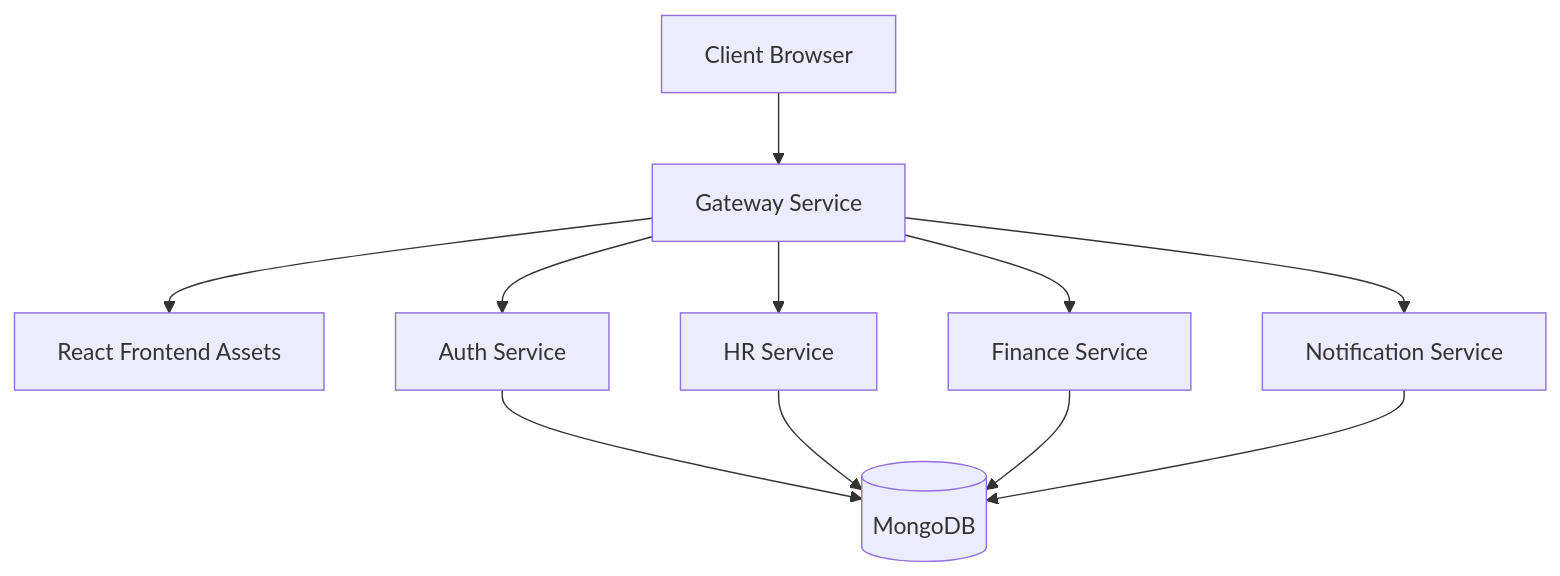
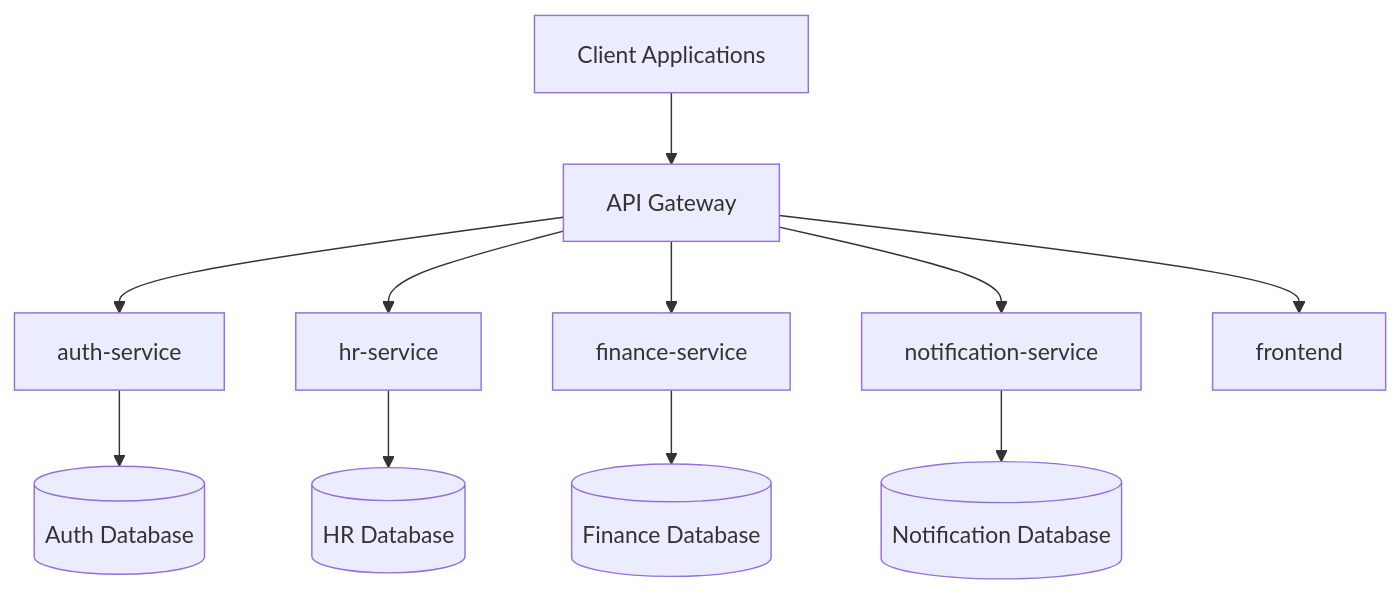
The second of 2 diagrams in .github/instructions/OrganiStation.instructions.md (Mahesh-65/OrganiStation), drawn with Mermaid before and after one commit. The commit also changed other lines of this file and 7 other files, not shown here.

````diff
--- a/.github/instructions/OrganiStation.instructions.md
+++ b/.github/instructions/OrganiStation.instructions.md
@@ -387,14 +363,14 @@
 ```mermaid
 graph TB
-    Client[Client Browser] --> Gateway[Gateway Service]
-    Gateway --> Frontend[React Frontend Assets]
-    Gateway --> Auth[Auth Service]
-    Gateway --> HR[HR Service]
-    Gateway --> Finance[Finance Service]
-    Gateway --> Notification[Notification Service]
+    Client[Client Applications] --> Gateway[API Gateway]
+    Gateway --> Auth[auth-service]
+    Gateway --> HR[hr-service]
+    Gateway --> Finance[finance-service]
+    Gateway --> Notification[notification-service]
+    Gateway --> Frontend[frontend]
     
-    Auth --> MongoDB[(MongoDB)]
-    HR --> MongoDB
-    Finance --> MongoDB
-    Notification --> MongoDB
+    Auth --> AuthDB[(Auth Database)]
+    HR --> HRDB[(HR Database)]
+    Finance --> FinanceDB[(Finance Database)]
+    Notification --> NotificationDB[(Notification Database)]
 ```
````
